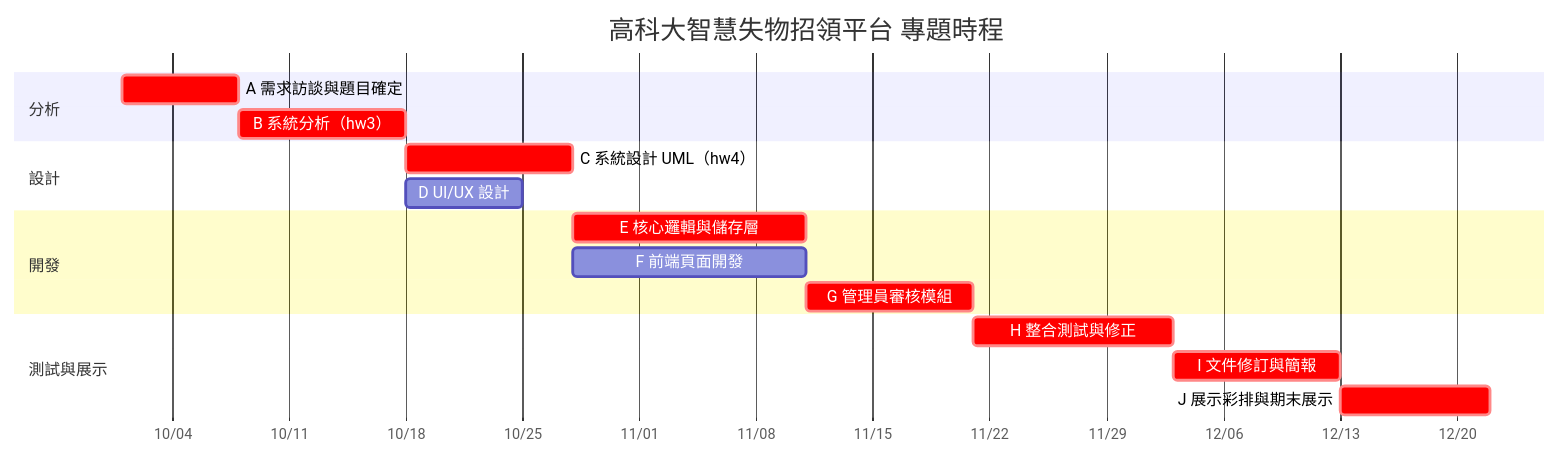
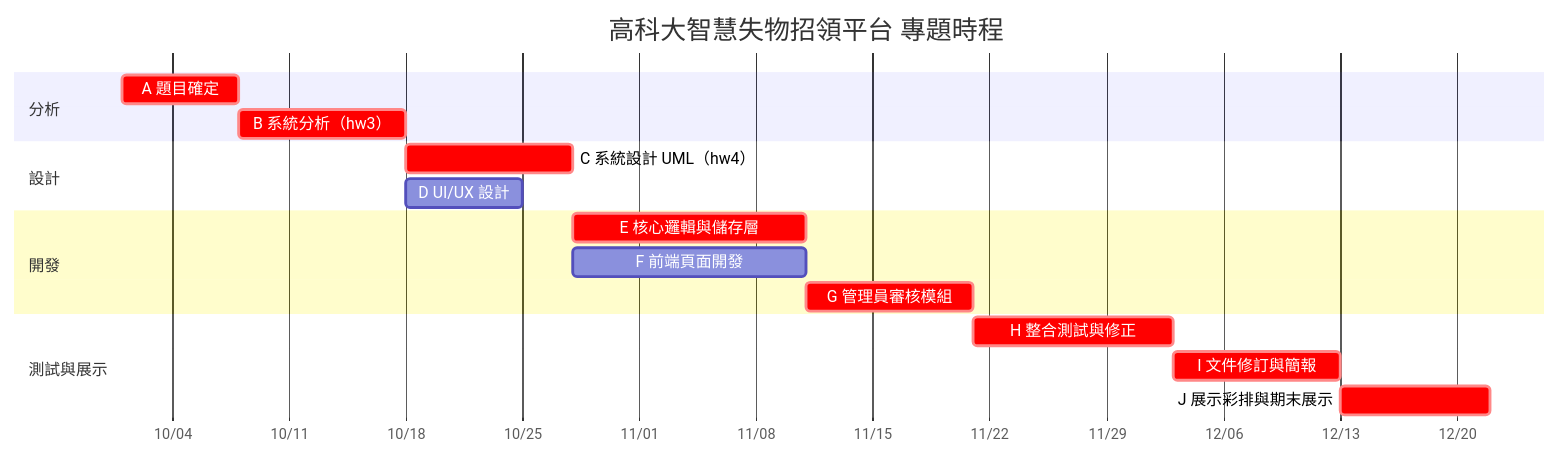
Before and after one commit to chiayi26/nkust-lost-found-homework: the first of 2 diagrams in README.md, drawn with Mermaid.

````diff
--- a/README.md
+++ b/README.md
@@ -68,20 +68,20 @@
 ```mermaid
 gantt
     title 高科大智慧失物招領平台 專題時程
     dateFormat YYYY-MM-DD
     axisFormat %m/%d
     section 分析
-    A 需求訪談與題目確定      :crit, a, 2026-10-01, 7d
+    A 題目確定      :crit, a, 2026-10-01, 7d
     B 系統分析（hw3）          :crit, b, after a, 10d
     section 設計
     C 系統設計 UML（hw4）      :crit, c, after b, 10d
     D UI/UX 設計               :d, after b, 7d
     section 開發
     E 核心邏輯與儲存層         :crit, e, after c, 14d
     F 前端頁面開發             :f, after c, 14d
     G 管理員審核模組           :crit, g, after e, 10d
     section 測試與展示
     H 整合測試與修正           :crit, h, after g, 12d
     I 文件修訂與簡報           :crit, i, after h, 10d
     J 展示彩排與期末展示       :crit, j, after i, 9d
 ```
````
